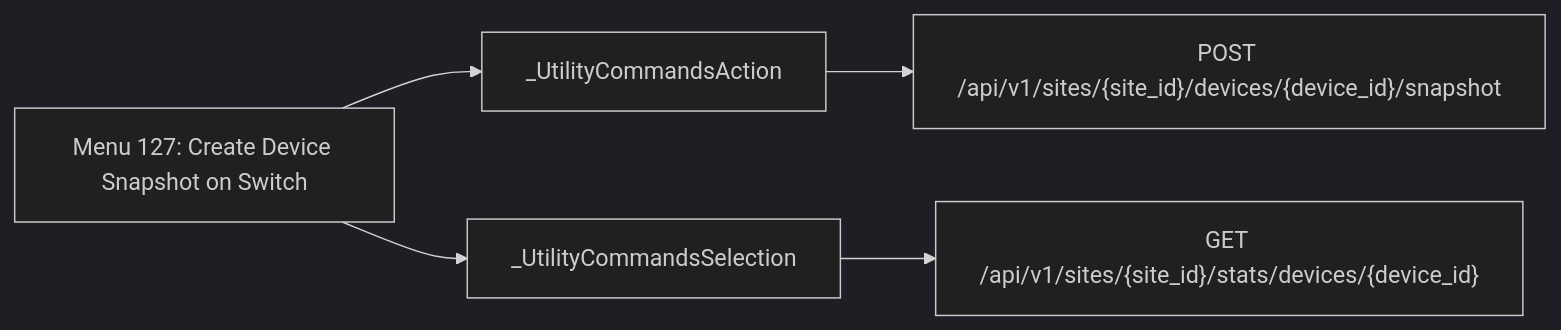
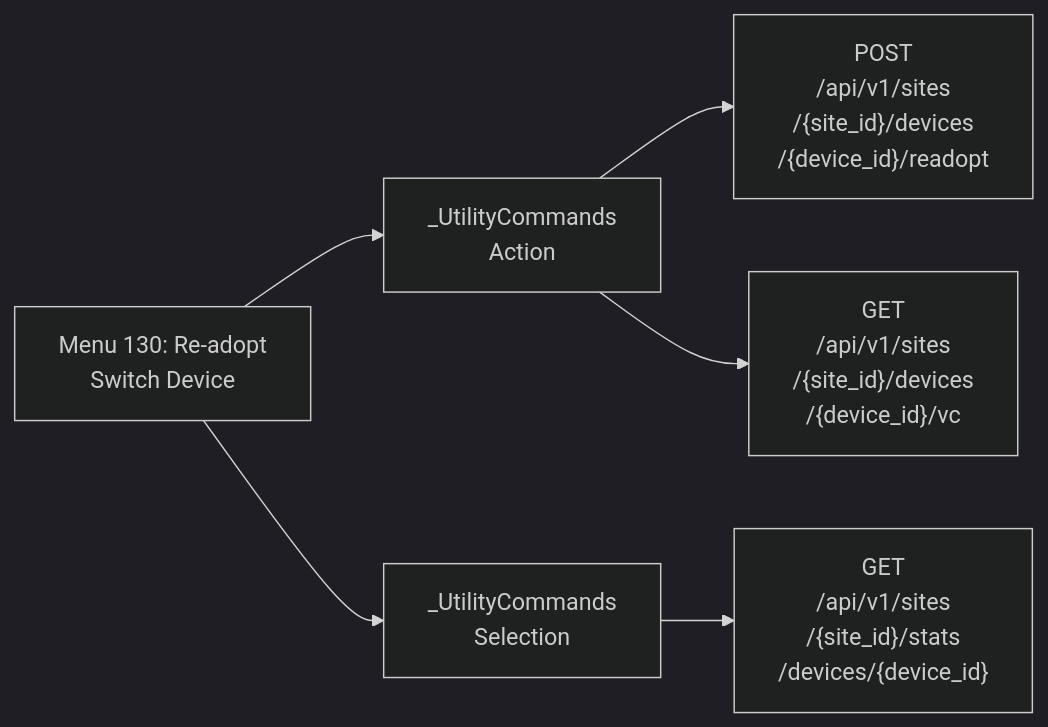
One commit to jmorrison-juniper/MistHelper changed the fourth of 18 diagrams in documentation/menu-api/interactive.md. Above: the diagram before and after it, drawn with Mermaid (dark theme). The commit also changed other lines of this file and 19 other files, not shown here.

First line of the commit message:
docs(menu-api): fit the Mermaid diagrams to the wiki column (#3463)

````diff
--- a/documentation/menu-api/interactive.md
+++ b/documentation/menu-api/interactive.md
@@ -267,8 +146,9 @@
 ```mermaid
 flowchart LR
-    menu["Menu 127: Create Device Snapshot on Switch"]
-    menu --> c1["_UtilityCommandsAction"]
-    c1 --> e1["POST /api/v1/sites/{site_id}/devices/{device_id}/snapshot"]
-    menu --> c2["_UtilityCommandsSelection"]
-    c2 --> e2["GET /api/v1/sites/{site_id}/stats/devices/{device_id}"]
+    menu["Menu 130: Re-adopt<br/>Switch Device"]
+    menu --> c1["_UtilityCommands<br/>Action"]
+    c1 --> e1["POST<br/>/api/v1/sites<br/>/{site_id}/devices<br/>/{device_id}/readopt"]
+    c1 --> e2["GET<br/>/api/v1/sites<br/>/{site_id}/devices<br/>/{device_id}/vc"]
+    menu --> c2["_UtilityCommands<br/>Selection"]
+    c2 --> e3["GET<br/>/api/v1/sites<br/>/{site_id}/stats<br/>/devices/{device_id}"]
 ```
````
